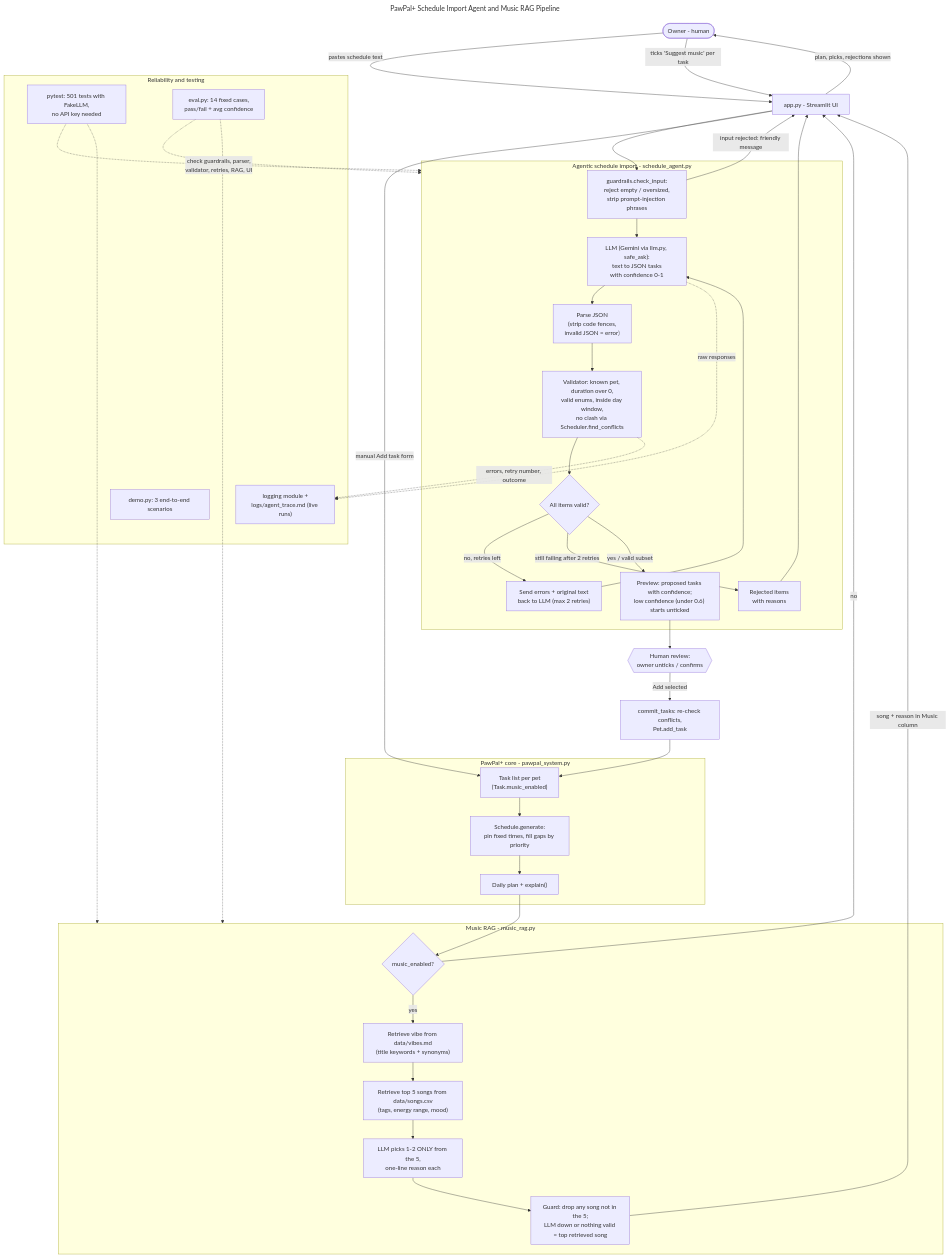
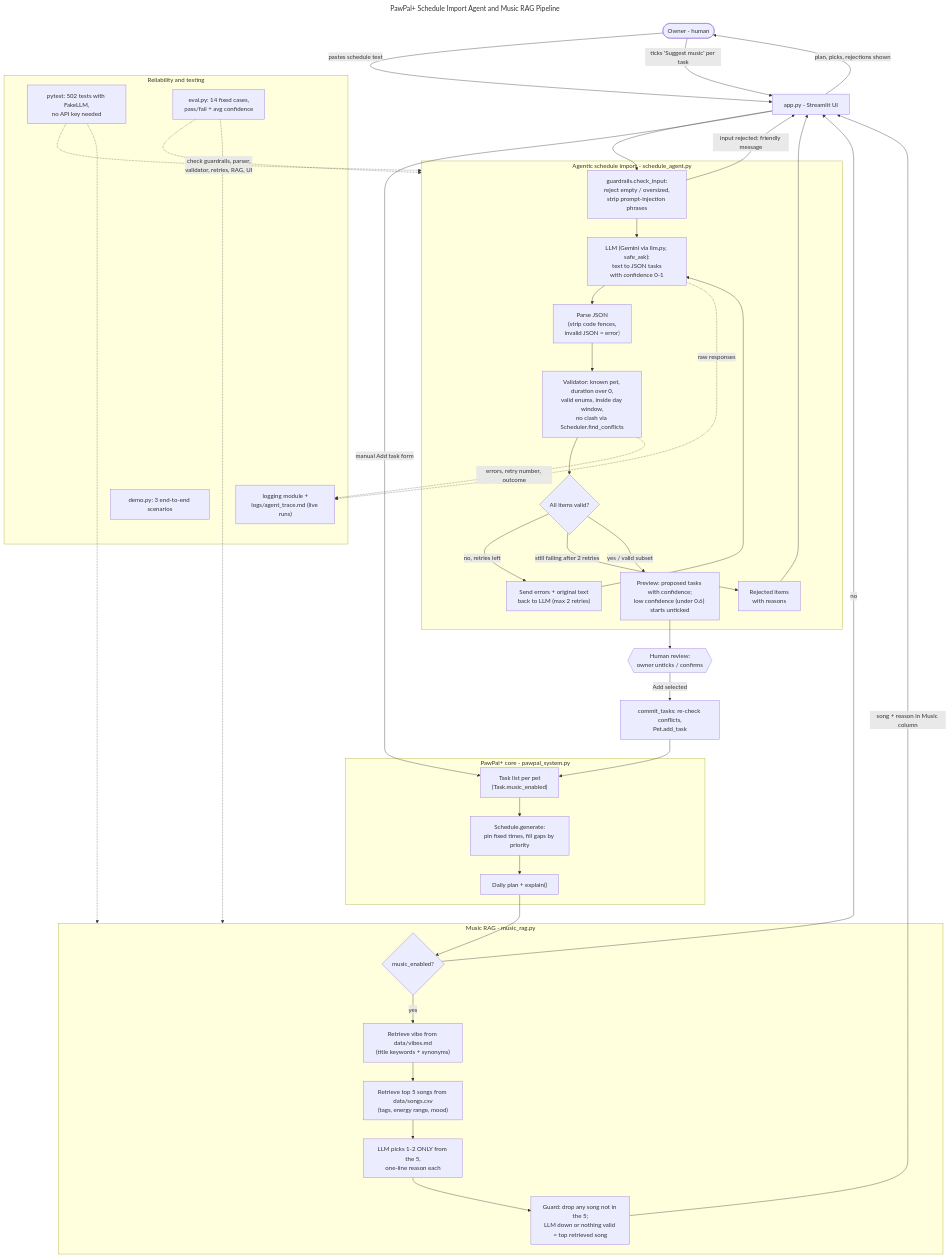
Before and after one commit to nicollsua/applied-ai-system-final: the diagram in diagrams/architecture.mmd, drawn with Mermaid. The commit also changed 5 other files, not shown here.

```diff
--- a/diagrams/architecture.mmd
+++ b/diagrams/architecture.mmd
@@ -1,70 +1,70 @@
 ---
 title: PawPal+ Schedule Import Agent and Music RAG Pipeline
 ---
 flowchart TD
     owner([Owner - human])
     ui["app.py - Streamlit UI"]
 
     owner -- "pastes schedule text" --> ui
     owner -- "ticks 'Suggest music' per task" --> ui
     ui -- "plan, picks, rejections shown" --> owner
 
     subgraph agent["Agentic schedule import - schedule_agent.py"]
         guard["guardrails.check_input:<br/>reject empty / oversized,<br/>strip prompt-injection phrases"]
         llm1["LLM (Gemini via llm.py, safe_ask):<br/>text to JSON tasks<br/>with confidence 0-1"]
         parse["Parse JSON<br/>(strip code fences,<br/>invalid JSON = error)"]
         validate["Validator: known pet, duration over 0,<br/>valid enums, inside day window,<br/>no clash via Scheduler.find_conflicts"]
         ok{"All items valid?"}
         retry["Send errors + original text<br/>back to LLM (max 2 retries)"]
         rejected["Rejected items<br/>with reasons"]
         preview["Preview: proposed tasks with confidence;<br/>low confidence (under 0.6) starts unticked"]
     end
 
     ui --> guard
     guard -- "input rejected: friendly message" --> ui
     guard --> llm1 --> parse --> validate --> ok
     ok -- "no, retries left" --> retry --> llm1
     ok -- "still failing after 2 retries" --> rejected
     ok -- "yes / valid subset" --> preview
     rejected --> ui
     preview --> review
 
     review{{"Human review:<br/>owner unticks / confirms"}}
     review -- "Add selected" --> commit["commit_tasks: re-check conflicts,<br/>Pet.add_task"]
 
     subgraph core["PawPal+ core - pawpal_system.py"]
         tasks["Task list per pet<br/>(Task.music_enabled)"]
         gen["Schedule.generate:<br/>pin fixed times, fill gaps by priority"]
         plan["Daily plan + explain()"]
     end
 
     commit --> tasks
     ui -- "manual Add task form" --> tasks
     tasks --> gen --> plan
 
     subgraph rag["Music RAG - music_rag.py"]
         enabled{"music_enabled?"}
         vibe["Retrieve vibe from data/vibes.md<br/>(title keywords + synonyms)"]
         top5["Retrieve top 5 songs from data/songs.csv<br/>(tags, energy range, mood)"]
         llm2["LLM picks 1-2 ONLY from the 5,<br/>one-line reason each"]
         verify["Guard: drop any song not in the 5;<br/>LLM down or nothing valid = top retrieved song"]
     end
 
     plan --> enabled
     enabled -- "no" --> ui
     enabled -- "yes" --> vibe --> top5 --> llm2 --> verify
     verify -- "song + reason in Music column" --> ui
 
     subgraph rel["Reliability and testing"]
         trace["logging module +<br/>logs/agent_trace.md (live runs)"]
-        tests["pytest: 501 tests with FakeLLM,<br/>no API key needed"]
+        tests["pytest: 502 tests with FakeLLM,<br/>no API key needed"]
         evals["eval.py: 14 fixed cases,<br/>pass/fail + avg confidence"]
         demo["demo.py: 3 end-to-end scenarios"]
     end
 
     llm1 -. "raw responses" .-> trace
     validate -. "errors, retry number, outcome" .-> trace
     tests -. "check guardrails, parser,<br/>validator, retries, RAG, UI" .-> agent
     tests -.-> rag
     evals -.-> agent
     evals -.-> rag
```
